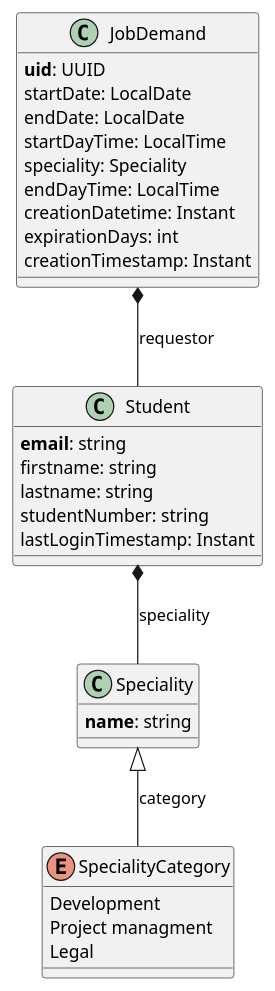
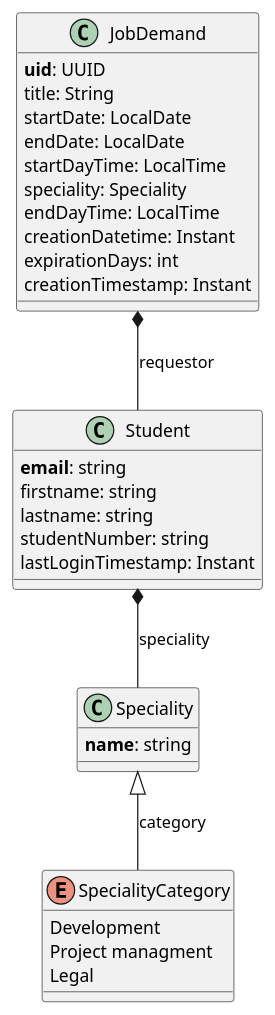
One commit to Haingue/architecture changed the diagram in nestjs/INTES TP - NestJS 2025-2026 JobDemandService.md. Above: the diagram before and after it, drawn with PlantUML. The commit also changed 1 other file, not shown here.

Commit message:
FEAT: add nesjt TP 2025-2026

````diff
--- a/nestjs/INTES TP - NestJS 2025-2026 JobDemandService.md
+++ b/nestjs/INTES TP - NestJS 2025-2026 JobDemandService.md
@@ -195,33 +195,34 @@
 ```plantuml
 @startuml
 Class JobDemand {
   **uid**: UUID
+  title: String
   startDate: LocalDate
   endDate: LocalDate
   startDayTime: LocalTime
   speciality: Speciality
   endDayTime: LocalTime
   creationDatetime: Instant
   expirationDays: int
   creationTimestamp: Instant
 }
 Class Student {
   **email**: string
   firstname: string
   lastname: string
   studentNumber: string
   lastLoginTimestamp: Instant
 }
 Class Speciality {
   **name**: string
 }
 Enum SpecialityCategory {
   Development
   Project managment
   Legal
 }
 JobDemand *-- Student : requestor
 Student *-- Speciality : speciality
 Speciality <|-- SpecialityCategory : category
 @enduml
 ```
````
